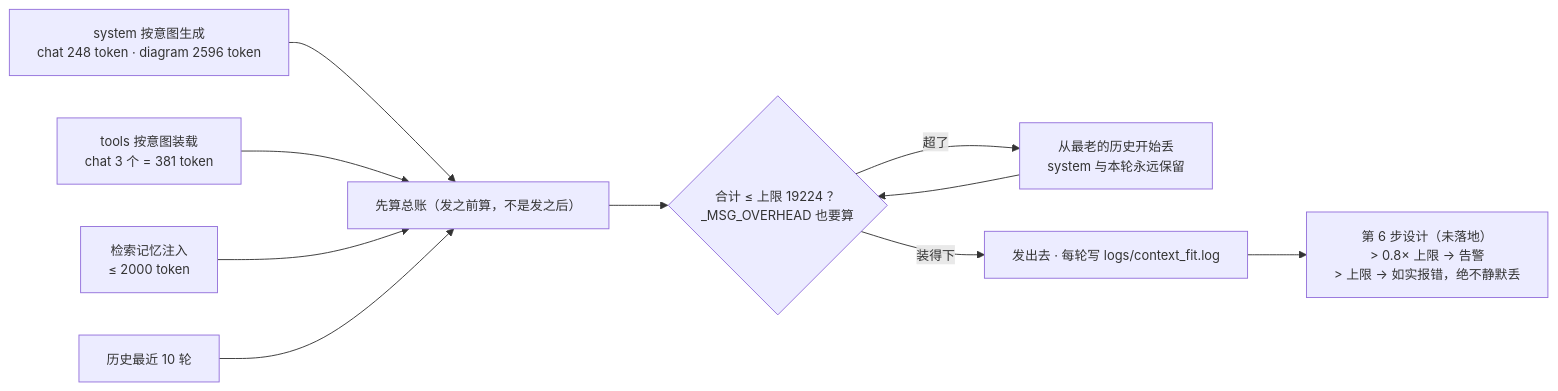
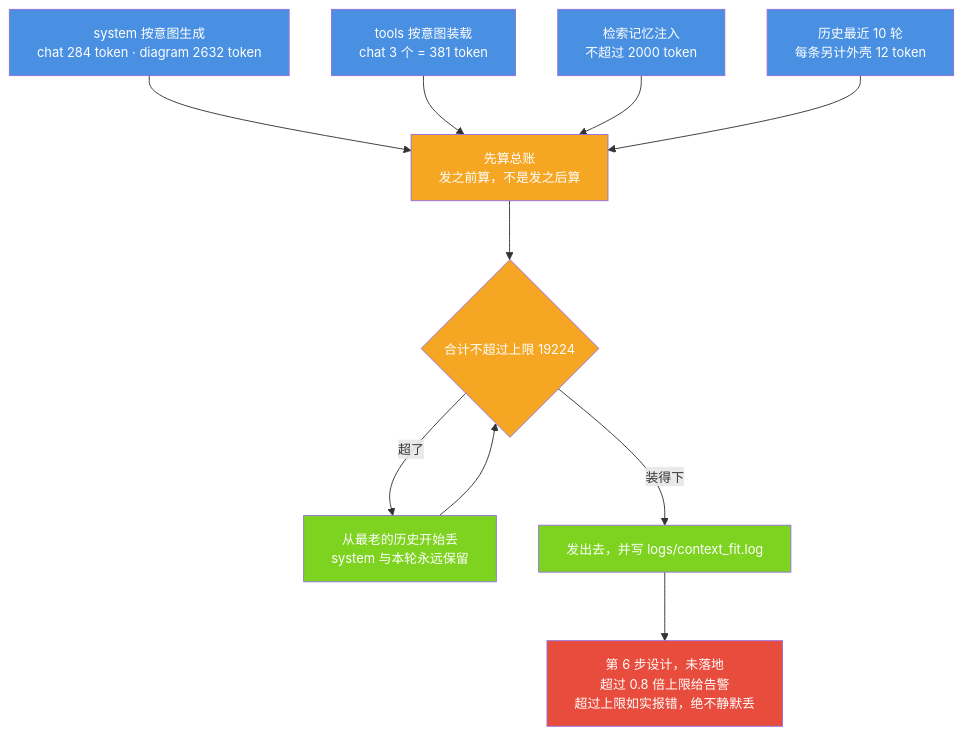
One commit to jiangchuangege/xiaojiao-harnees changed the sixth of 7 diagrams in docs/six-infinity.md. Above: the diagram before and after it, drawn with Mermaid. The commit also changed other lines of this file, not shown here.

Commit message:
docs: six-infinity 重写收尾（补 rerank 二次判断层与拆分开的延迟判据，12 张图重画）

````diff
--- a/docs/six-infinity.md
+++ b/docs/six-infinity.md
@@ -382,13 +530,22 @@
 ```mermaid
 %%{init: {"themeVariables": {"fontSize": "14px"}, "flowchart": {"htmlLabels": true, "wrappingWidth": 320, "nodeSpacing": 46, "rankSpacing": 64, "useMaxWidth": true}}}%%
-flowchart LR
-    S["system 按意图生成<br/>chat 248 token · diagram 2596 token"] --> B["先算总账（发之前算，不是发之后）"]
+flowchart TB
+    S["system 按意图生成<br/>chat 284 token · diagram 2632 token"] --> B["先算总账<br/>发之前算，不是发之后算"]
     T["tools 按意图装载<br/>chat 3 个 = 381 token"] --> B
-    R["检索记忆注入<br/>≤ 2000 token"] --> B
-    H["历史最近 10 轮"] --> B
-    B --> C{"合计 ≤ 上限 19224 ？<br/>_MSG_OVERHEAD 也要算"}
-    C -->|超了| D["从最老的历史开始丢<br/>system 与本轮永远保留"]
+    R["检索记忆注入<br/>不超过 2000 token"] --> B
+    H["历史最近 10 轮<br/>每条另计外壳 12 token"] --> B
+    B --> C{"合计不超过上限 19224"}
+    C -->|"超了"| D["从最老的历史开始丢<br/>system 与本轮永远保留"]
     D --> C
-    C -->|装得下| E["发出去 · 每轮写 logs/context_fit.log"]
-    E --> F["第 6 步设计（未落地）<br/>&gt; 0.8× 上限 → 告警<br/>&gt; 上限 → 如实报错，绝不静默丢"]
+    C -->|"装得下"| E["发出去，并写 logs/context_fit.log"]
+    E --> F["第 6 步设计，未落地<br/>超过 0.8 倍上限给告警<br/>超过上限如实报错，绝不静默丢"]
+    style S fill:#4A90E2,color:#fff
+    style T fill:#4A90E2,color:#fff
+    style R fill:#4A90E2,color:#fff
+    style H fill:#4A90E2,color:#fff
+    style B fill:#F5A623,color:#fff
+    style C fill:#F5A623,color:#fff
+    style D fill:#7ED321,color:#fff
+    style E fill:#7ED321,color:#fff
+    style F fill:#E74C3C,color:#fff
 ```
````
